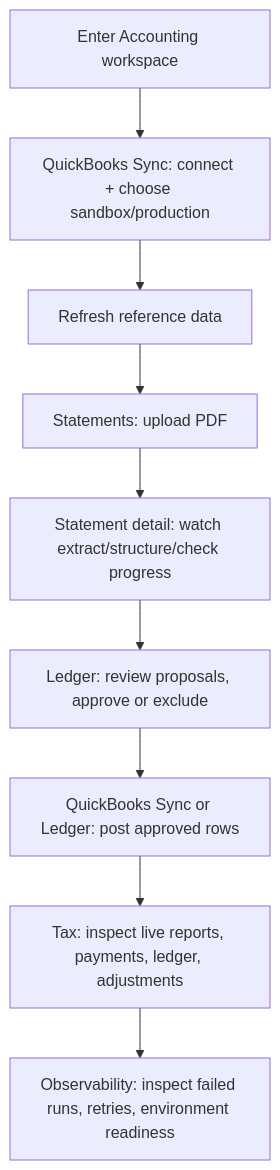
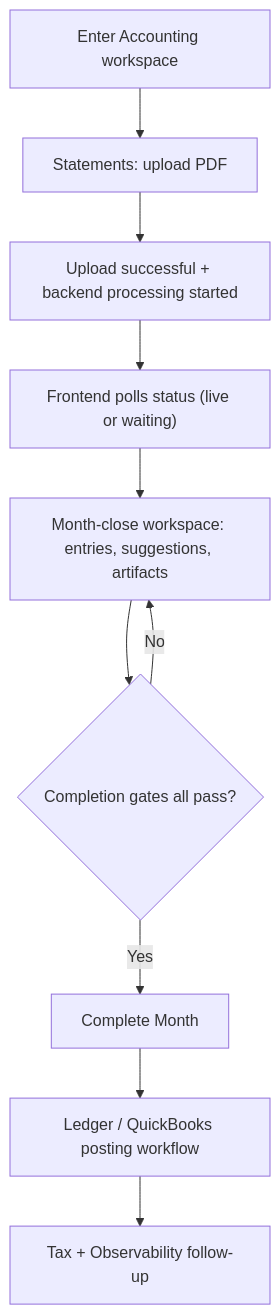
The second of 8 diagrams in docs/accounting/wireframes-and-user-lifecycle.md (comp596-spring-2026/RetailSync), drawn with Mermaid before and after one commit. The commit also changed other lines of this file and 32 other files, not shown here.

Commit message:
uodated statment flow sceneios

````diff
--- a/docs/accounting/wireframes-and-user-lifecycle.md
+++ b/docs/accounting/wireframes-and-user-lifecycle.md
@@ -53,11 +53,12 @@
 ```mermaid
 flowchart TD
-  A["Enter Accounting workspace"] --> B["QuickBooks Sync: connect + choose sandbox/production"]
-  B --> C["Refresh reference data"]
-  C --> D["Statements: upload PDF"]
-  D --> E["Statement detail: watch extract/structure/check progress"]
-  E --> F["Ledger: review proposals, approve or exclude"]
-  F --> G["QuickBooks Sync or Ledger: post approved rows"]
-  G --> H["Tax: inspect live reports, payments, ledger, adjustments"]
-  H --> I["Observability: inspect failed runs, retries, environment readiness"]
+  A["Enter Accounting workspace"] --> B["Statements: upload PDF"]
+  B --> C["Upload successful + backend processing started"]
+  C --> D["Frontend polls status (live or waiting)"]
+  D --> E["Month-close workspace: entries, suggestions, artifacts"]
+  E --> F{"Completion gates all pass?"}
+  F -- No --> E
+  F -- Yes --> G["Complete Month"]
+  G --> H["Ledger / QuickBooks posting workflow"]
+  H --> I["Tax + Observability follow-up"]
 ```
````
